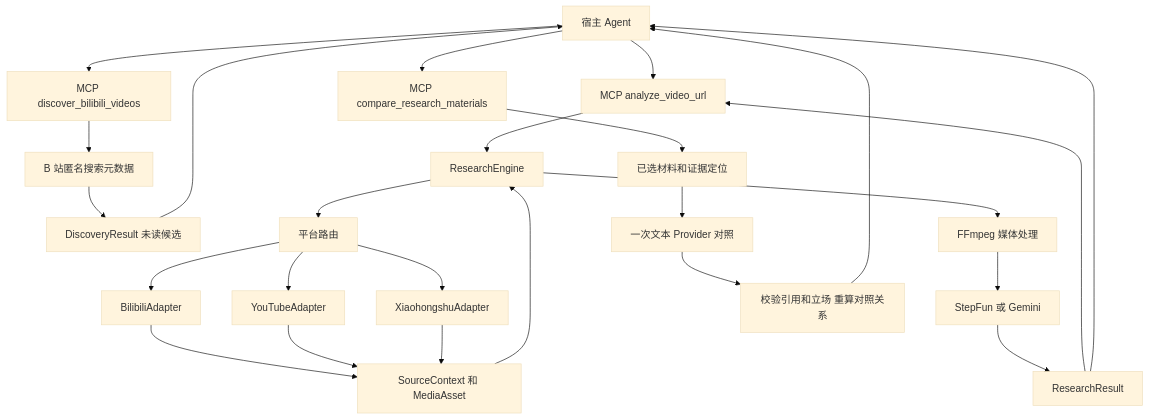
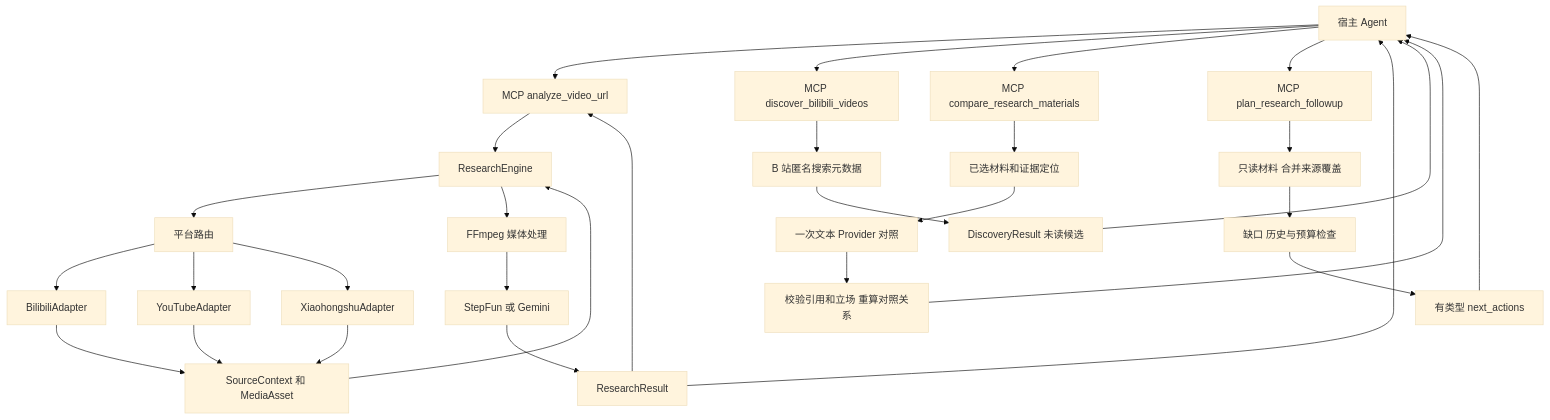
The diagram in docs/architecture.md (7oMB2006/Catalyst), drawn with Mermaid (base theme) before and after one commit. The commit also changed other lines of this file and 12 other files, not shown here.

Commit message:
feat: plan bounded research follow-up from retained evidence

````diff
--- a/docs/architecture.md
+++ b/docs/architecture.md
@@ -17,27 +19,32 @@
 ```mermaid
 flowchart TD
   Host[宿主 Agent] --> MCP[MCP analyze_video_url]
   Host --> Discovery[MCP discover_bilibili_videos]
   Discovery --> Search[B 站匿名搜索元数据]
   Search --> Candidates[DiscoveryResult 未读候选]
   Candidates --> Host
   MCP --> Engine[ResearchEngine]
   Engine --> Route[平台路由]
   Route --> Bili[BilibiliAdapter]
   Route --> YT[YouTubeAdapter]
   Route --> XHS[XiaohongshuAdapter]
   Bili --> Source[SourceContext 和 MediaAsset]
   YT --> Source
   XHS --> Source
   Source --> Engine
   Engine --> Transform[FFmpeg 媒体处理]
   Transform --> Provider[StepFun 或 Gemini]
   Provider --> Result[ResearchResult]
   Result --> MCP
   Host --> Compare[MCP compare_research_materials]
   Result --> Host
   Compare --> Prepared[已选材料和证据定位]
   Prepared --> TextProvider[一次文本 Provider 对照]
   TextProvider --> Validated[校验引用和立场 重算对照关系]
   Validated --> Host
+  Host --> Plan[MCP plan_research_followup]
+  Plan --> Coverage[只读材料 合并来源覆盖]
+  Coverage --> Bounded[缺口 历史与预算检查]
+  Bounded --> Actions[有类型 next_actions]
+  Actions --> Host
 ```
````
